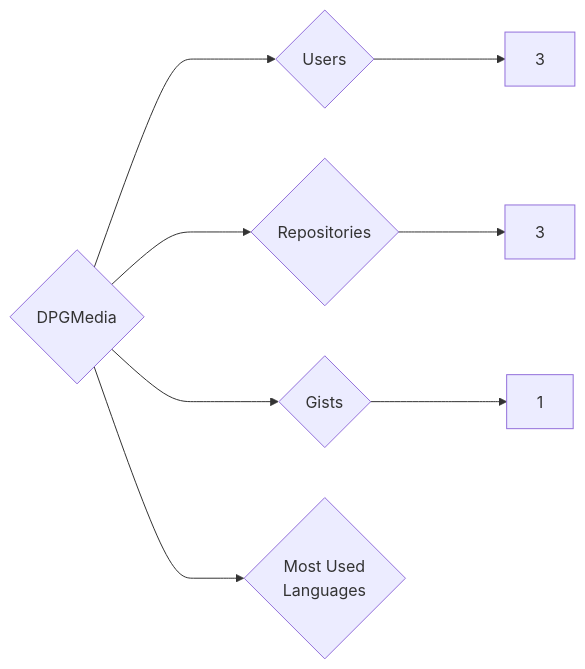
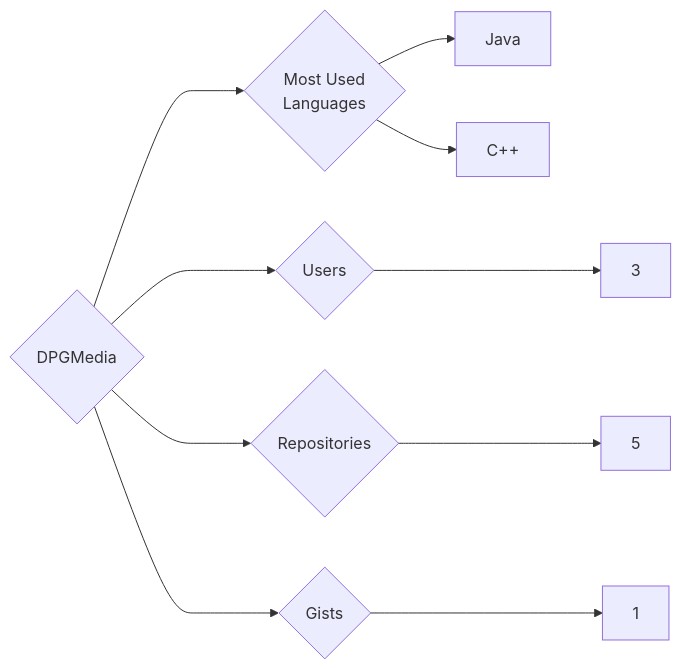
Before and after one commit to trickest/insiders: the diagram in targets/DPGMedia/README.md, drawn with Mermaid. The commit also changed 1123 other files, not shown here.

````diff
--- a/targets/DPGMedia/README.md
+++ b/targets/DPGMedia/README.md
@@ -3,8 +3,10 @@
 ```mermaid
 graph LR
 COMPANY_NAME{DPGMedia}
 COMPANY_NAME ---> U{Users} ---> UN[3]
-COMPANY_NAME ---> R{Repositories} ---> RN[3]
+COMPANY_NAME ---> R{Repositories} ---> RN[5]
 COMPANY_NAME ---> G{Gists} ---> GN[1]
 COMPANY_NAME ---> ML{Most Used<br>Languages}
+ML --> Java[Java]
+ML --> C++[C++]
 ```
````
